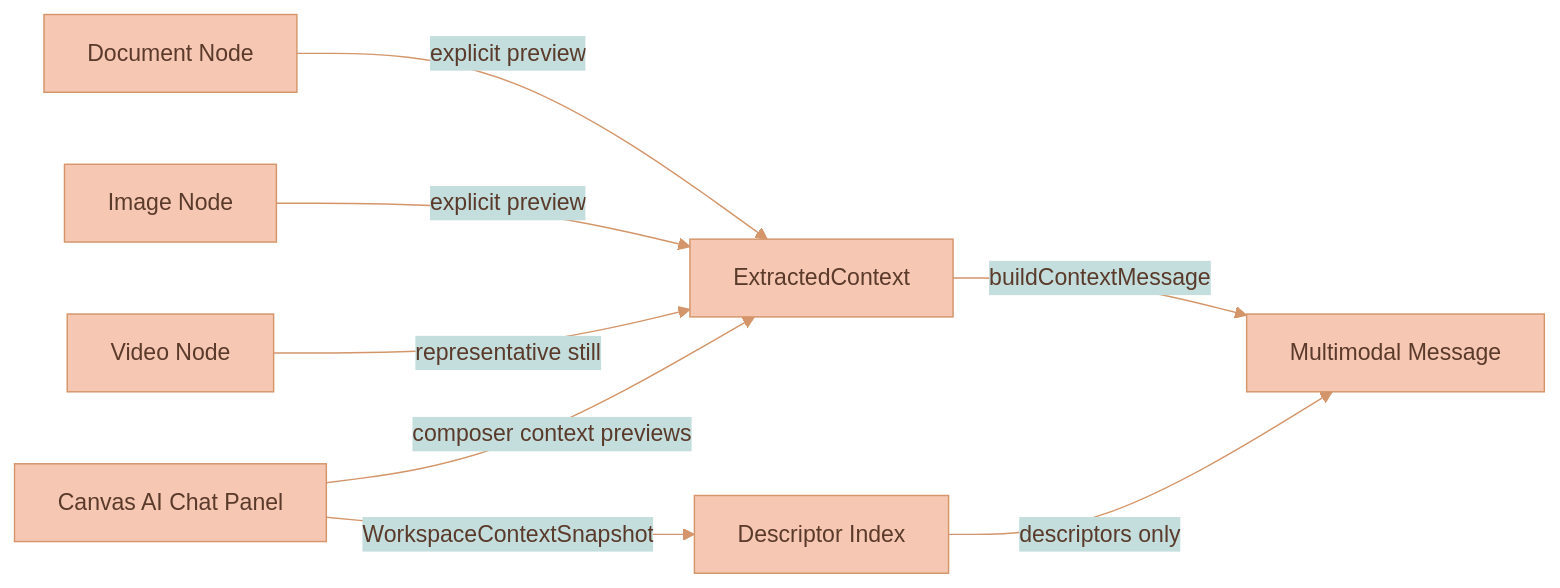
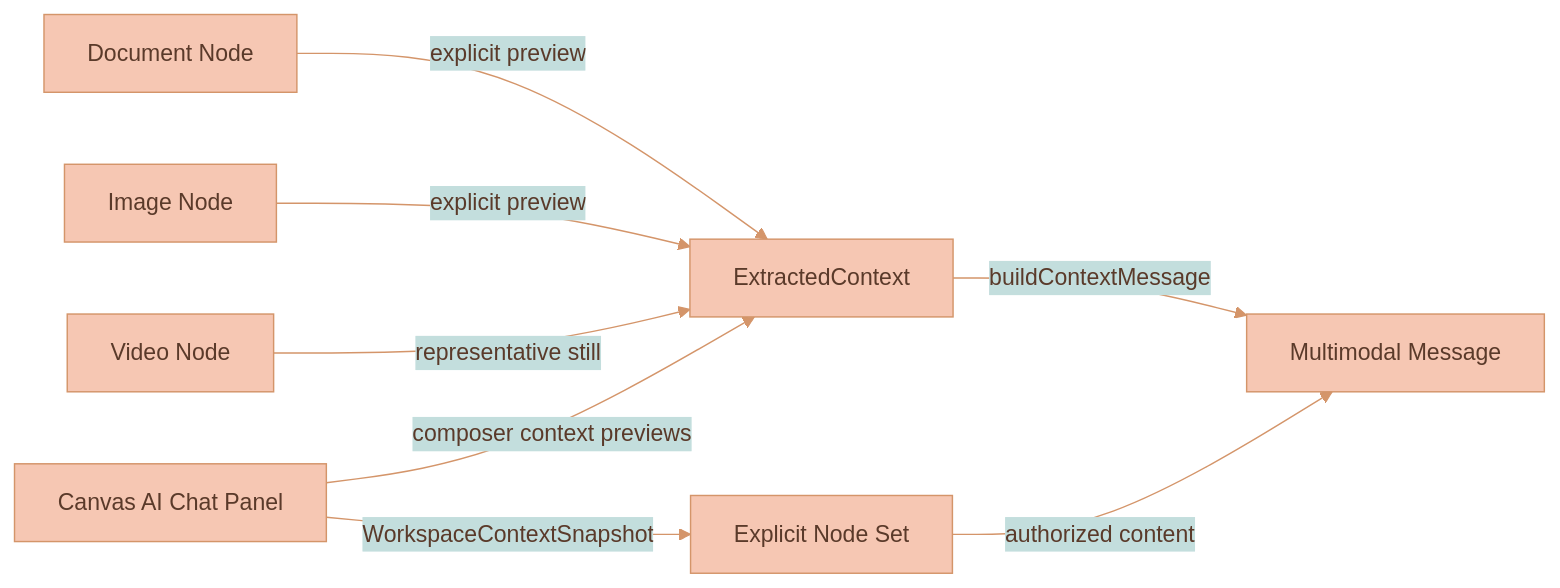
Before and after one commit to Lixpi/lixpi: the second of 3 diagrams in services/web-ui/src/infographics/workspace/README.md, drawn with Mermaid. The commit also changed other lines of this file and 57 other files, not shown here.

````diff
--- a/services/web-ui/src/infographics/workspace/README.md
+++ b/services/web-ui/src/infographics/workspace/README.md
@@ -443,11 +444,11 @@
 ```mermaid
 %%{init: {'theme': 'base', 'themeVariables': { 'primaryColor': '#F6C7B3', 'primaryTextColor': '#5a3a2a', 'primaryBorderColor': '#d4956a', 'secondaryColor': '#C3DEDD', 'secondaryTextColor': '#1a3a47', 'secondaryBorderColor': '#4a8a9d', 'tertiaryColor': '#DCECE9', 'tertiaryTextColor': '#1a3a47', 'tertiaryBorderColor': '#82B2C0', 'lineColor': '#d4956a', 'textColor': '#5a3a2a'}}}%%
 flowchart LR
     DOC[Document Node] -->|explicit preview| CTX[ExtractedContext]
     IMG[Image Node] -->|explicit preview| CTX
     VID[Video Node] -->|representative still| CTX
     CHAT[Canvas AI Chat Panel] -->|composer context previews| CTX
-    CHAT -->|WorkspaceContextSnapshot| SNAP[Descriptor Index]
+    CHAT -->|WorkspaceContextSnapshot| SNAP[Explicit Node Set]
     CTX -->|buildContextMessage| MSG[Multimodal Message]
-    SNAP -->|descriptors only| MSG
+    SNAP -->|authorized content| MSG
 ```
````
